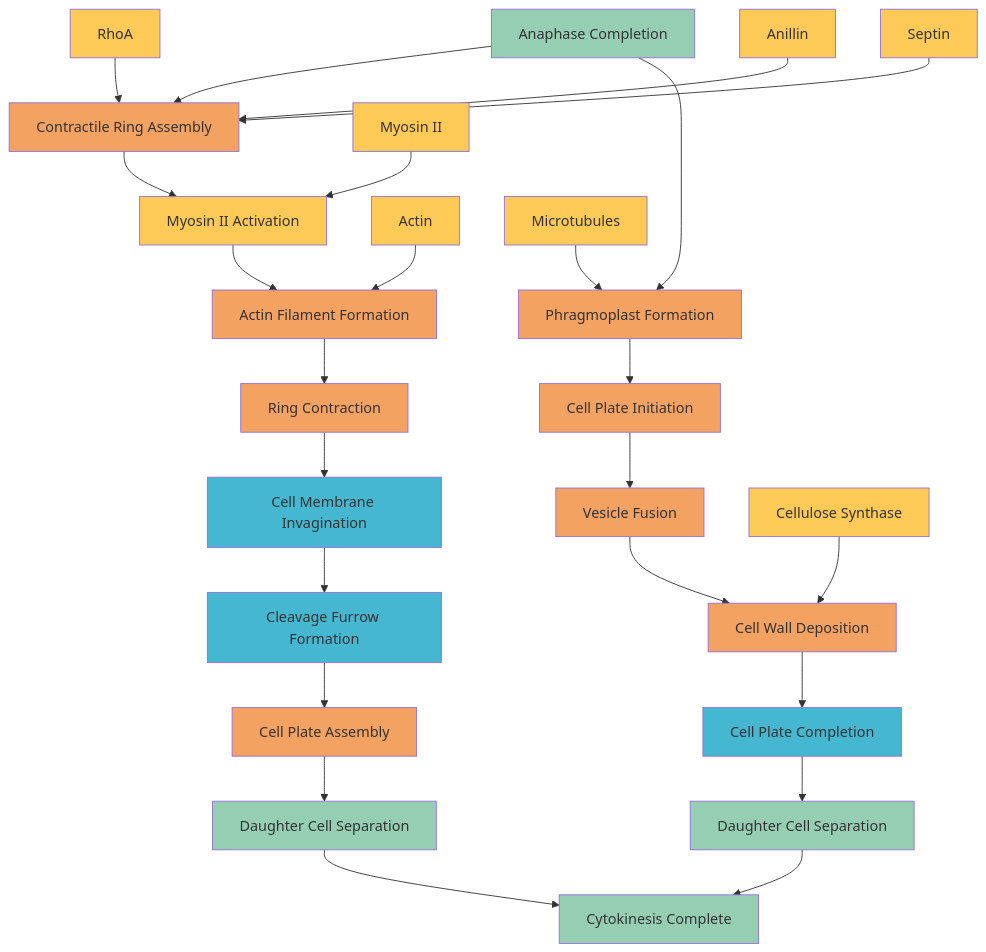
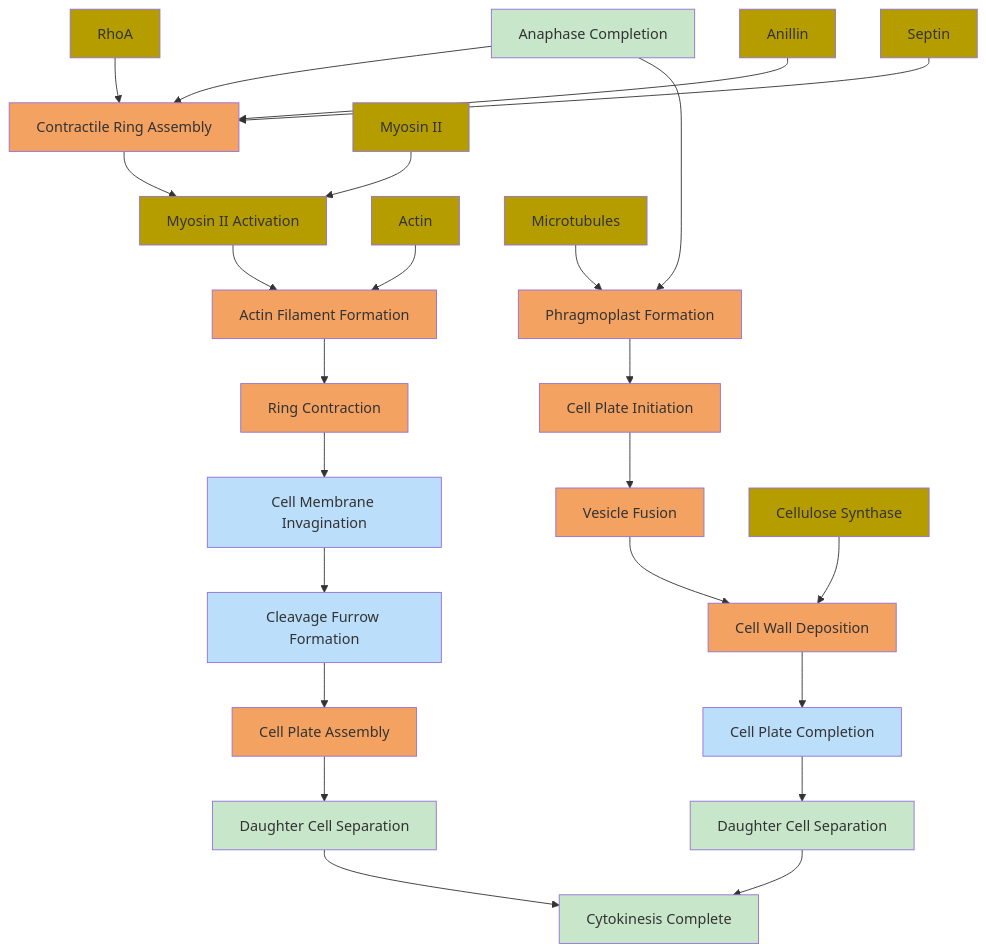
The diagram in docs/paper/community/contributions/new_charts/batch2_05_cytokinesis.mmd (garywelz/glmp), drawn with Mermaid before and after one commit. The commit also changed 251 other files, not shown here.

Commit message:
Update color scheme for biological process flowcharts

```diff
--- a/docs/paper/community/contributions/new_charts/batch2_05_cytokinesis.mmd
+++ b/docs/paper/community/contributions/new_charts/batch2_05_cytokinesis.mmd
@@ -1,53 +1,53 @@
 graph TD
     A[Anaphase Completion] --> B[Contractile Ring Assembly]
     B --> C[Myosin II Activation]
     C --> D[Actin Filament Formation]
     D --> E[Ring Contraction]
     E --> F[Cell Membrane Invagination]
     F --> G[Cleavage Furrow Formation]
     G --> H[Cell Plate Assembly]
     H --> I[Daughter Cell Separation]
     I --> J[Cytokinesis Complete]
     
     %% Plant cytokinesis
     A --> K[Phragmoplast Formation]
     K --> L[Cell Plate Initiation]
     L --> M[Vesicle Fusion]
     M --> N[Cell Wall Deposition]
     N --> O[Cell Plate Completion]
     O --> P[Daughter Cell Separation]
     P --> J
     
     %% Key proteins
     Q[Myosin II] --> C
     R[Actin] --> D
     S[RhoA] --> B
     T[Anillin] --> B
     U[Septin] --> B
     V[Microtubules] --> K
     W[Cellulose Synthase] --> N
     
     %% Styling
-    style A fill:#96ceb4
+    style A fill:#c8e6c9
     style B fill:#f4a261
-    style C fill:#feca57
+    style C fill:#b59d00
     style D fill:#f4a261
     style E fill:#f4a261
-    style F fill:#45b7d1
-    style G fill:#45b7d1
+    style F fill:#bbdefb
+    style G fill:#bbdefb
     style H fill:#f4a261
-    style I fill:#96ceb4
-    style J fill:#96ceb4
+    style I fill:#c8e6c9
+    style J fill:#c8e6c9
     style K fill:#f4a261
     style L fill:#f4a261
     style M fill:#f4a261
     style N fill:#f4a261
-    style O fill:#45b7d1
-    style P fill:#96ceb4
-    style Q fill:#feca57
-    style R fill:#feca57
-    style S fill:#feca57
-    style T fill:#feca57
-    style U fill:#feca57
-    style V fill:#feca57
-    style W fill:#feca57
+    style O fill:#bbdefb
+    style P fill:#c8e6c9
+    style Q fill:#b59d00
+    style R fill:#b59d00
+    style S fill:#b59d00
+    style T fill:#b59d00
+    style U fill:#b59d00
+    style V fill:#b59d00
+    style W fill:#b59d00
```
